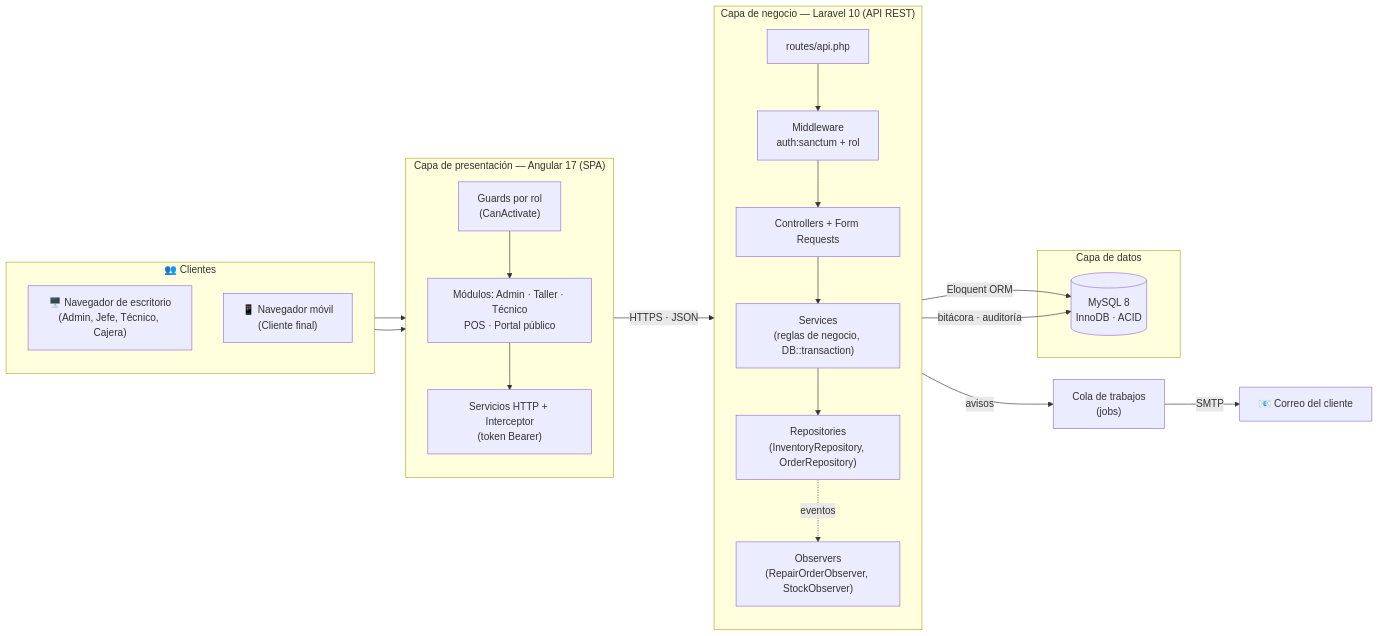
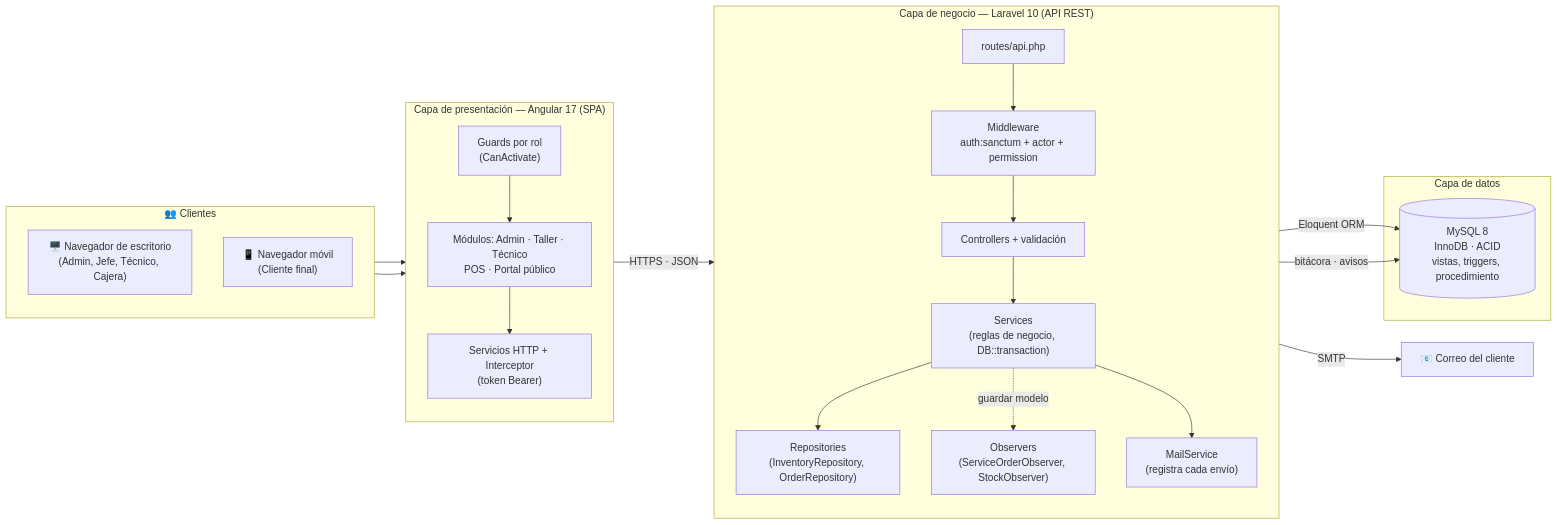
The fourth of 6 diagrams in README.md (dianaaochoa/SHURI-Sistema-Gestion), drawn with Mermaid before and after one commit. The commit also changed other lines of this file, not shown here.

````diff
--- a/README.md
+++ b/README.md
@@ -623,40 +626,41 @@
 ```mermaid
 flowchart LR
     subgraph Clientes["👥 Clientes"]
         direction TB
         PC["🖥️ Navegador de escritorio<br/>(Admin, Jefe, Técnico, Cajera)"]
         Movil["📱 Navegador móvil<br/>(Cliente final)"]
     end
 
     subgraph Front["Capa de presentación — Angular 17 (SPA)"]
         direction TB
         Guards["Guards por rol<br/>(CanActivate)"]
         Modulos["Módulos: Admin · Taller · Técnico<br/>POS · Portal público"]
         Servicios["Servicios HTTP + Interceptor<br/>(token Bearer)"]
         Guards --> Modulos --> Servicios
     end
 
     subgraph Back["Capa de negocio — Laravel 10 (API REST)"]
         direction TB
         Rutas["routes/api.php"]
-        MW["Middleware<br/>auth:sanctum + rol"]
-        Ctrl["Controllers + Form Requests"]
+        MW["Middleware<br/>auth:sanctum + actor + permission"]
+        Ctrl["Controllers + validación"]
         Svc["Services<br/>(reglas de negocio, DB::transaction)"]
         Repo["Repositories<br/>(InventoryRepository, OrderRepository)"]
-        Obs["Observers<br/>(RepairOrderObserver, StockObserver)"]
+        Obs["Observers<br/>(ServiceOrderObserver, StockObserver)"]
+        Mail["MailService<br/>(registra cada envío)"]
         Rutas --> MW --> Ctrl --> Svc --> Repo
-        Repo -. eventos .-> Obs
+        Svc -. "guardar modelo" .-> Obs
+        Svc --> Mail
     end
 
     subgraph Datos["Capa de datos"]
-        DB[("MySQL 8<br/>InnoDB · ACID")]
+        DB[("MySQL 8<br/>InnoDB · ACID<br/>vistas, triggers, procedimiento")]
     end
 
     PC --> Front
     Movil --> Front
     Servicios -- "HTTPS · JSON" --> Rutas
     Repo -- "Eloquent ORM" --> DB
-    Obs -- "bitácora · auditoría" --> DB
-    Obs -- "avisos" --> Cola["Cola de trabajos<br/>(jobs)"]
-    Cola -- "SMTP" --> Correo["📧 Correo del cliente"]
+    Obs -- "bitácora · avisos" --> DB
+    Mail -- "SMTP" --> Correo["📧 Correo del cliente"]
 ```
````
